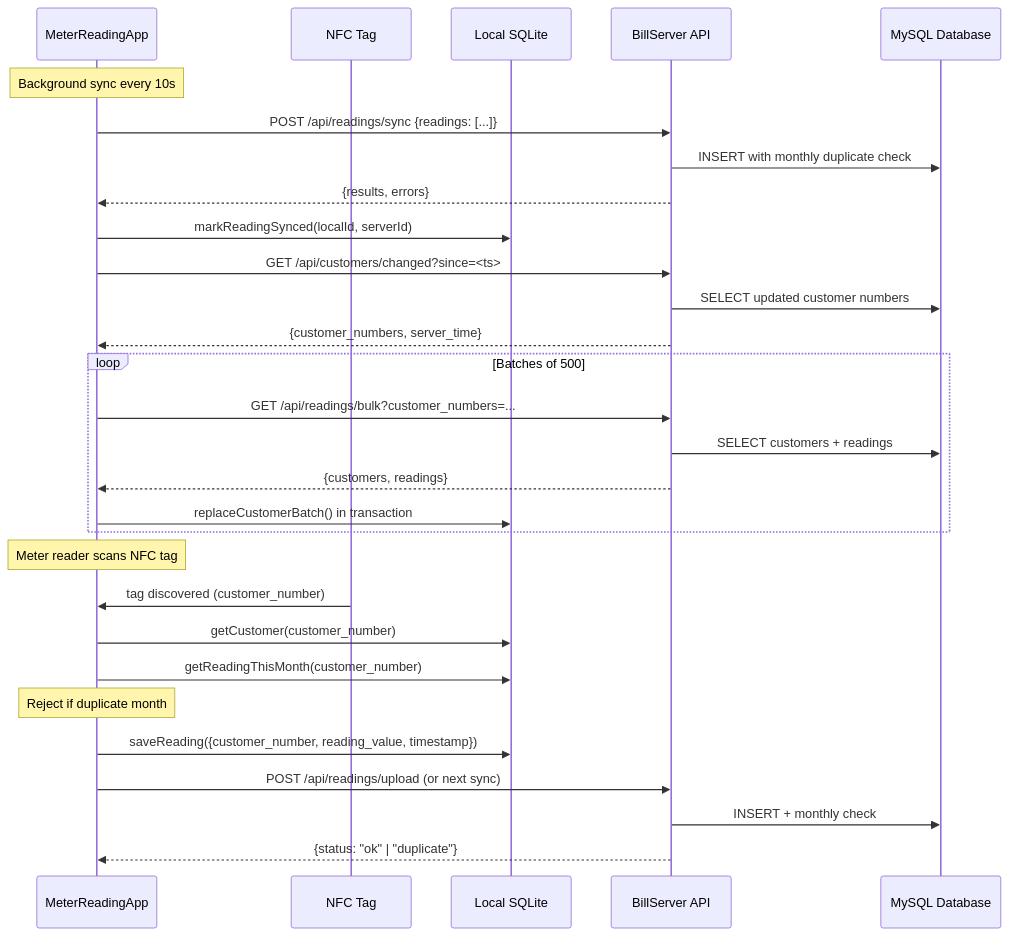
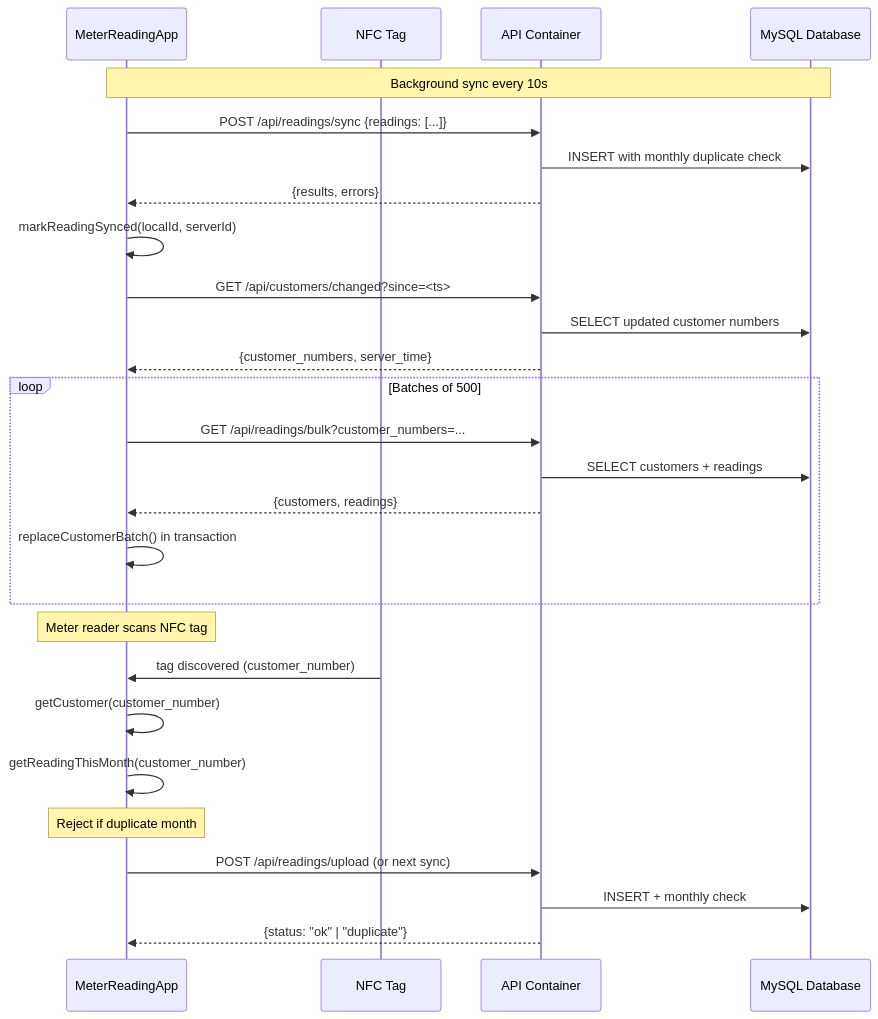
The third of 6 diagrams in documentation/docs/architecture.md (NovaProtocol/WaterBillingSystem), drawn with Mermaid before and after one commit. The commit also changed other lines of this file and 12 other files, not shown here.

Commit message:
docs: rewrite for current architecture (decomposed services, Caddy, Gatekeeper)

````diff
--- a/documentation/docs/architecture.md
+++ b/documentation/docs/architecture.md
@@ -89,38 +126,36 @@
 ```mermaid
 sequenceDiagram
     participant App as MeterReadingApp
     participant NFC as NFC Tag
-    participant DB as Local SQLite
-    participant API as BillServer API
-    participant SDB as MySQL Database
+    participant API as API Container
+    participant DB as MySQL Database
 
-    Note over App: Background sync every 10s
+    Note over App,DB: Background sync every 10s
 
     App->>API: POST /api/readings/sync {readings: [...]}
-    API->>SDB: INSERT with monthly duplicate check
+    API->>DB: INSERT with monthly duplicate check
     API-->>App: {results, errors}
-    App->>DB: markReadingSynced(localId, serverId)
+    App->>App: markReadingSynced(localId, serverId)
 
     App->>API: GET /api/customers/changed?since=<ts>
-    API->>SDB: SELECT updated customer numbers
+    API->>DB: SELECT updated customer numbers
     API-->>App: {customer_numbers, server_time}
 
     loop Batches of 500
         App->>API: GET /api/readings/bulk?customer_numbers=...
-        API->>SDB: SELECT customers + readings
+        API->>DB: SELECT customers + readings
         API-->>App: {customers, readings}
-        App->>DB: replaceCustomerBatch() in transaction
+        App->>App: replaceCustomerBatch() in transaction
     end
 
     Note over App: Meter reader scans NFC tag
 
     NFC->>App: tag discovered (customer_number)
-    App->>DB: getCustomer(customer_number)
-    App->>DB: getReadingThisMonth(customer_number)
+    App->>App: getCustomer(customer_number)
+    App->>App: getReadingThisMonth(customer_number)
     Note over App: Reject if duplicate month
 
-    App->>DB: saveReading({customer_number, reading_value, timestamp})
     App->>API: POST /api/readings/upload (or next sync)
-    API->>SDB: INSERT + monthly check
+    API->>DB: INSERT + monthly check
     API-->>App: {status: "ok" | "duplicate"}
 ```
````
